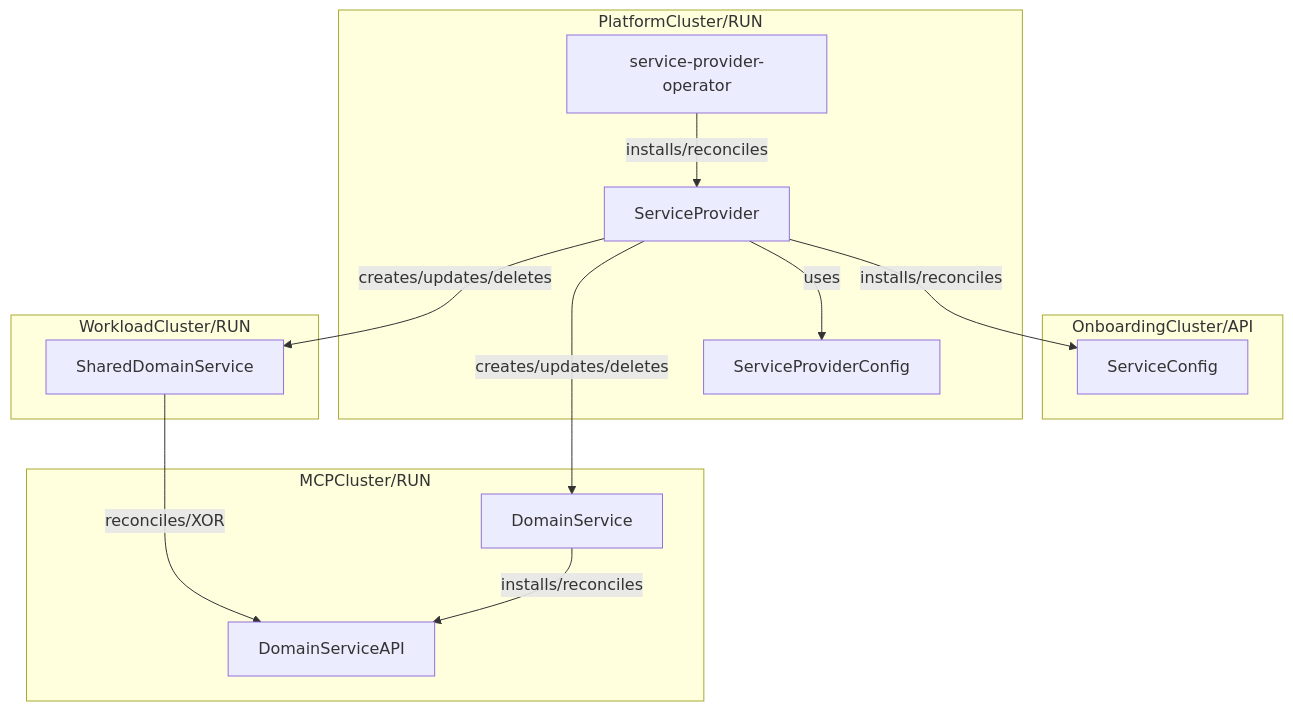
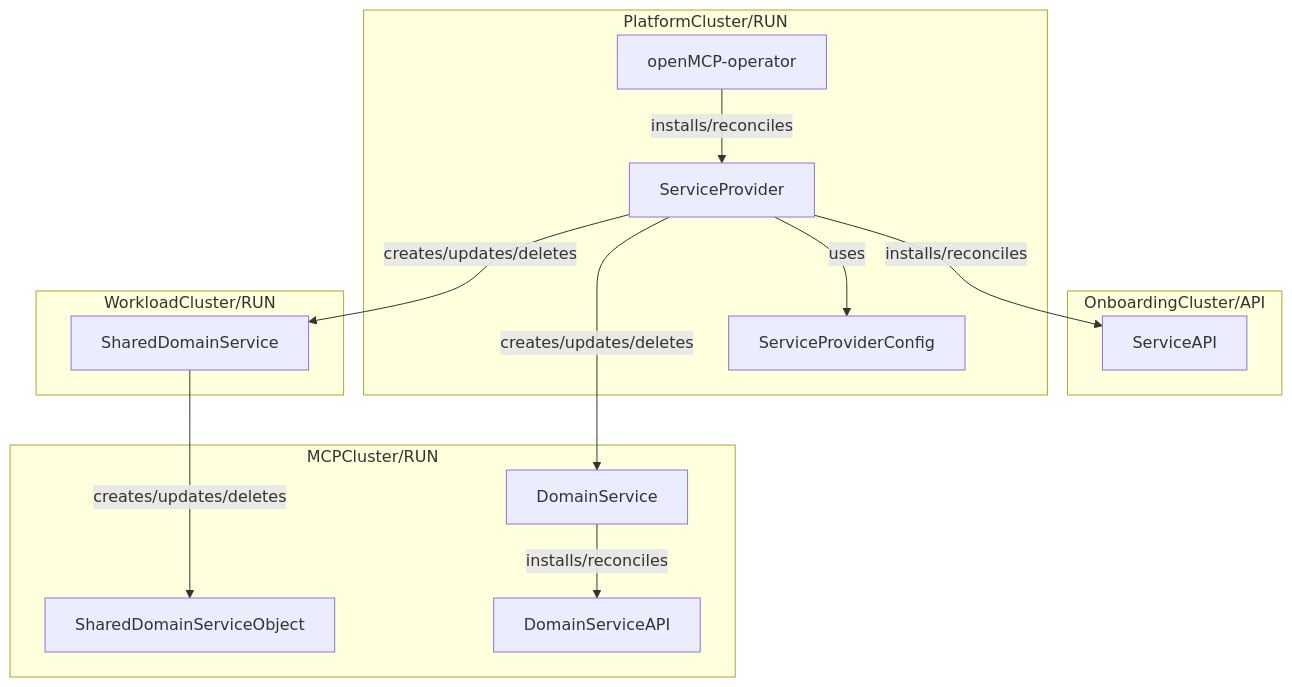
One commit to openmcp-project/docs changed the first of 4 diagrams in docs/about/design/service-provider-design.md. Above: the diagram before and after it, drawn with Mermaid. The commit also changed other lines of this file, not shown here.

````diff
--- a/docs/about/design/service-provider-design.md
+++ b/docs/about/design/service-provider-design.md
@@ -18,34 +18,35 @@
 ```mermaid
 graph TD
     %% Onboarding Cluster
     subgraph OnboardingCluster/API
-        SC[ServiceConfig]
+        SAPI[ServiceAPI]
     end
 
     %% Platform Cluster
     subgraph PlatformCluster/RUN
-        SPO[service-provider-operator]
+        SPO[openMCP-operator]
         SP[ServiceProvider]
         SPC[ServiceProviderConfig]
     end
 
     %% MCP Cluster
     subgraph MCPCluster/RUN
         DS[DomainService]
         DSAPI[DomainServiceAPI]
+        SDSObject[SharedDomainServiceObject]
     end
 
     %% WorkloadCluster
     subgraph WorkloadCluster/RUN
         SDS[SharedDomainService]
     end
 
     %% edges
-    SP -->|installs/reconciles|SC
+    SP -->|installs/reconciles|SAPI
     SP -->|uses|SPC
     SP -->|creates/updates/deletes|DS
     SP -->|creates/updates/deletes|SDS
     DS -->|installs/reconciles|DSAPI
-    SDS --->|reconciles/XOR|DSAPI
+    SDS --->|creates/updates/deletes|SDSObject
     SPO-->|installs/reconciles|SP
 ```
````
